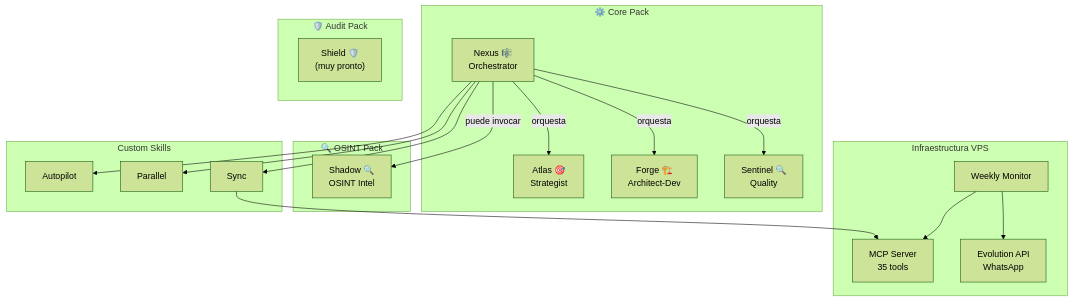
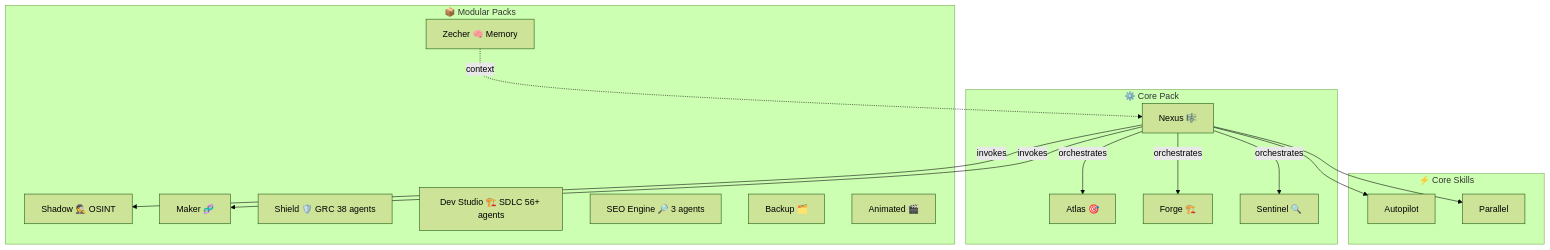
Before and after one commit to lrochetta/BMAD-PLUS: the diagram in readme-international/README.es.md, drawn with Mermaid (forest theme). The commit also changed other lines of this file and 4 other files, not shown here.

Commit message:
docs: fix all obsolete content — 56+ agents, complete 9-pack tables, updated diagrams (EN/FR/ES/DE/DIST)

````diff
--- a/readme-international/README.es.md
+++ b/readme-international/README.es.md
@@ -203,42 +203,34 @@
 ```mermaid
 graph TB
     subgraph Core["⚙️ Core Pack"]
-        AT[Atlas 🎯<br/>Strategist]
-        FG[Forge 🏗️<br/>Architect-Dev]
-        SN[Sentinel 🔍<br/>Quality]
-        NX[Nexus 🎼<br/>Orchestrator]
+        AT["Atlas 🎯"]
+        FG["Forge 🏗️"]
+        SN["Sentinel 🔍"]
+        NX["Nexus 🎼"]
     end
 
-    subgraph OSINT["🔍 OSINT Pack"]
-        SH[Shadow 🔍<br/>OSINT Intel]
+    subgraph Packs["📦 Modular Packs"]
+        SH["Shadow 🕵️ OSINT"]
+        MK["Maker 🧬"]
+        ZC["Zecher 🧠 Memory"]
+        SD["Shield 🛡️ GRC 38 agents"]
+        DS["Dev Studio 🏗️ SDLC 56+ agents"]
+        SEO["SEO Engine 🔎 3 agents"]
+        BK["Backup 🗂️"]
+        AN["Animated 🎬"]
     end
 
-    subgraph Audit["🛡️ Audit Pack"]
-        SD["Shield 🛡️<br/>(muy pronto)"]
+    subgraph Skills["⚡ Core Skills"]
+        AP[Autopilot]
+        PL[Parallel]
     end
 
-    NX -->|orquesta| AT
-    NX -->|orquesta| FG
-    NX -->|orquesta| SN
-    NX -->|puede invocar| SH
-
-    subgraph Skills["Custom Skills"]
-        AP[Autopilot]
-        PL[Parallel]
-        SY[Sync]
-    end
-
+    NX -->|orchestrates| AT
+    NX -->|orchestrates| FG
+    NX -->|orchestrates| SN
+    NX -->|invokes| SH
+    NX -->|invokes| MK
     NX --> AP
     NX --> PL
-    NX --> SY
-
-    subgraph VPS["Infraestructura VPS"]
-        MCP[MCP Server<br/>35 tools]
-        EVO[Evolution API<br/>WhatsApp]
-        MON[Weekly Monitor]
-    end
-
-    SY --> MCP
-    MON --> EVO
-    MON --> MCP
+    ZC -.->|context| NX
 ```
````
